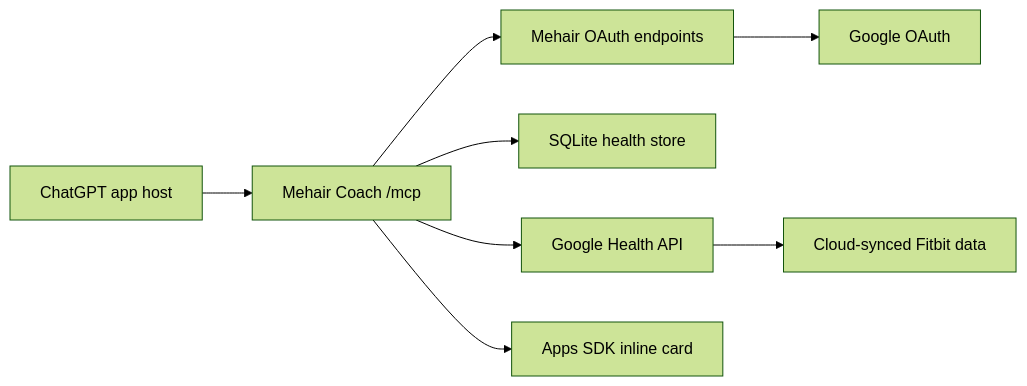
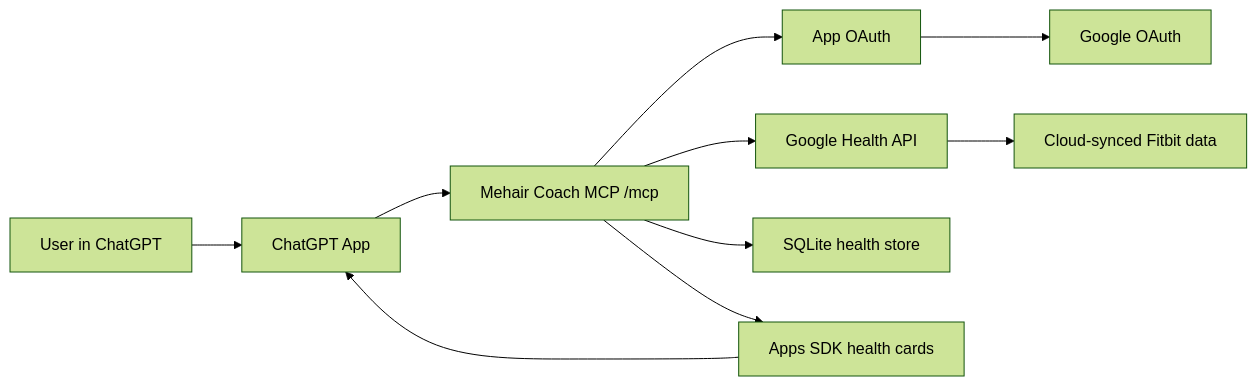
Before and after one commit to yash2998chhabria/mehair-coach: the diagram in README.md, drawn with Mermaid (forest theme). The commit also changed other lines of this file, not shown here.

````diff
--- a/README.md
+++ b/README.md
@@ -53,10 +57,12 @@
 ```mermaid
 flowchart LR
-  ChatGPT["ChatGPT app host"] --> MCP["Mehair Coach /mcp"]
-  MCP --> OAuth["Mehair OAuth endpoints"]
+  User["User in ChatGPT"] --> ChatGPT["ChatGPT App"]
+  ChatGPT --> MCP["Mehair Coach MCP /mcp"]
+  MCP --> OAuth["App OAuth"]
   OAuth --> Google["Google OAuth"]
-  MCP --> Store["SQLite health store"]
   MCP --> Health["Google Health API"]
   Health --> Fitbit["Cloud-synced Fitbit data"]
-  MCP --> Card["Apps SDK inline card"]
+  MCP --> Store["SQLite health store"]
+  MCP --> Cards["Apps SDK health cards"]
+  Cards --> ChatGPT
 ```
````
